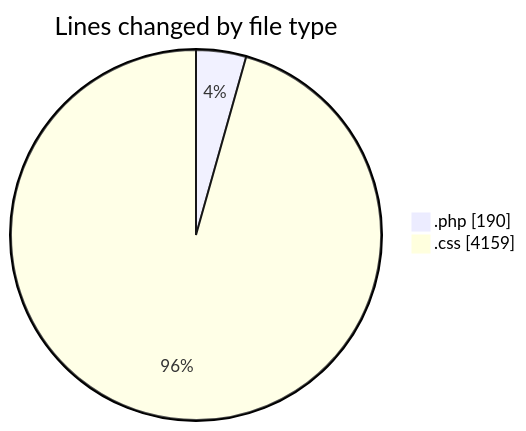
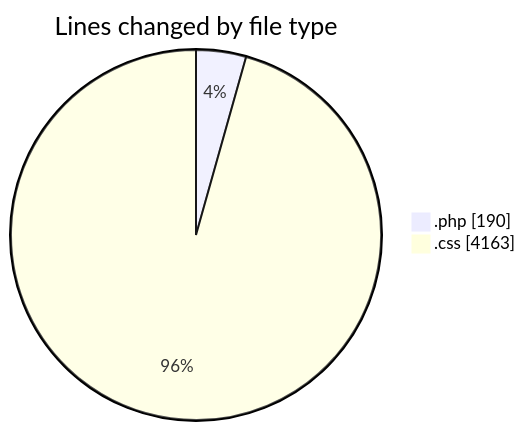
One commit to debugP/code-tracking changed the first of 2 diagrams in 2026-11-04/wp-content/README.md. Above: the diagram before and after it, drawn with Mermaid. The commit also changed other lines of this file and 1 other file, not shown here.

````diff
--- a/2026-11-04/wp-content/README.md
+++ b/2026-11-04/wp-content/README.md
@@ -21,6 +21,6 @@
 ```mermaid
 pie showData
 title Lines changed by file type
 ".php" : 190
-".css" : 4159
+".css" : 4163
 ```
````
